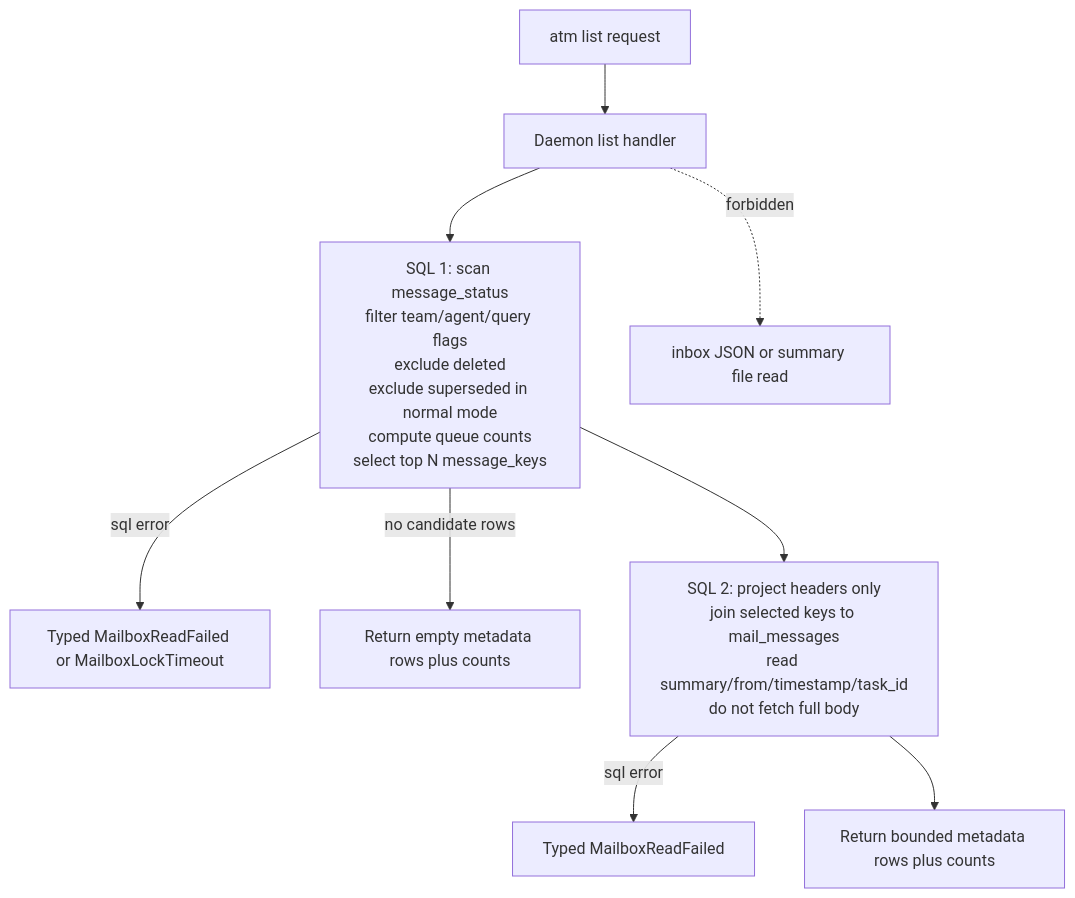
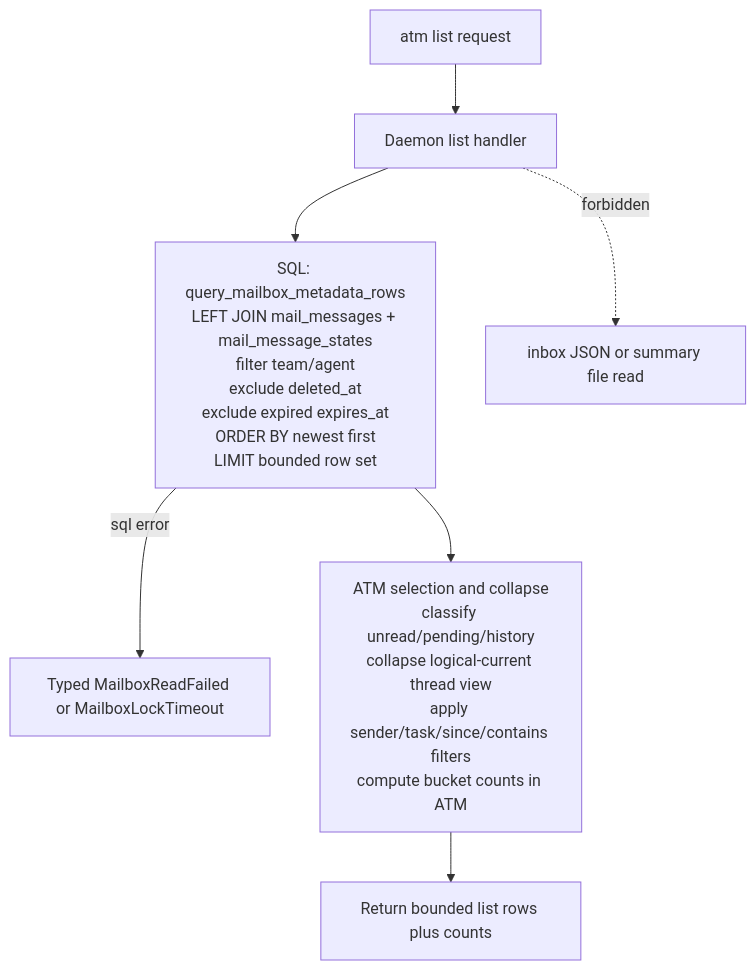
Before and after one commit to randlee/atm-core: the diagram in docs/atm/atm-list.mmd, drawn with Mermaid. The commit also changed 29 other files, not shown here.

Commit message:
U.5: cut read and list over to sqlite metadata

```diff
--- a/docs/atm/atm-list.mmd
+++ b/docs/atm/atm-list.mmd
@@ -1,21 +1,21 @@
 %% title: `atm list`
 %% summary: Bounded metadata-only mailbox query.
-%% commentary: This query should start from message-status, exclude deleted rows, collapse superseded rows in normal mode, and fetch only header fields for selected keys.
+%% commentary: This path queries bounded mailbox metadata rows from SQLite, joins immutable message rows with unified mutable state, excludes deleted and expired rows, then collapses logical-current rows in ATM before returning list output.
 %% sets: cli
 flowchart TD
     A[atm list request] --> B[Daemon list handler]
-    B --> C1["SQL 1: scan message_status
-filter team/agent/query flags
-exclude deleted
-exclude superseded in normal mode
-compute queue counts
-select top N message_keys"]
+    B --> C1["SQL: query_mailbox_metadata_rows
+LEFT JOIN mail_messages + mail_message_states
+filter team/agent
+exclude deleted_at
+exclude expired expires_at
+ORDER BY newest first
+LIMIT bounded row set"]
     C1 -->|sql error| E1[Typed MailboxReadFailed or MailboxLockTimeout]
-    C1 -->|no candidate rows| O0[Return empty metadata rows plus counts]
-    C1 --> C2["SQL 2: project headers only
-join selected keys to mail_messages
-read summary/from/timestamp/task_id
-do not fetch full body"]
-    C2 -->|sql error| E2[Typed MailboxReadFailed]
-    C2 --> O1[Return bounded metadata rows plus counts]
+    C1 --> C2["ATM selection and collapse
+classify unread/pending/history
+collapse logical-current thread view
+apply sender/task/since/contains filters
+compute bucket counts in ATM"]
+    C2 --> O1[Return bounded list rows plus counts]
     B -. forbidden .-> F1[inbox JSON or summary file read]
```
